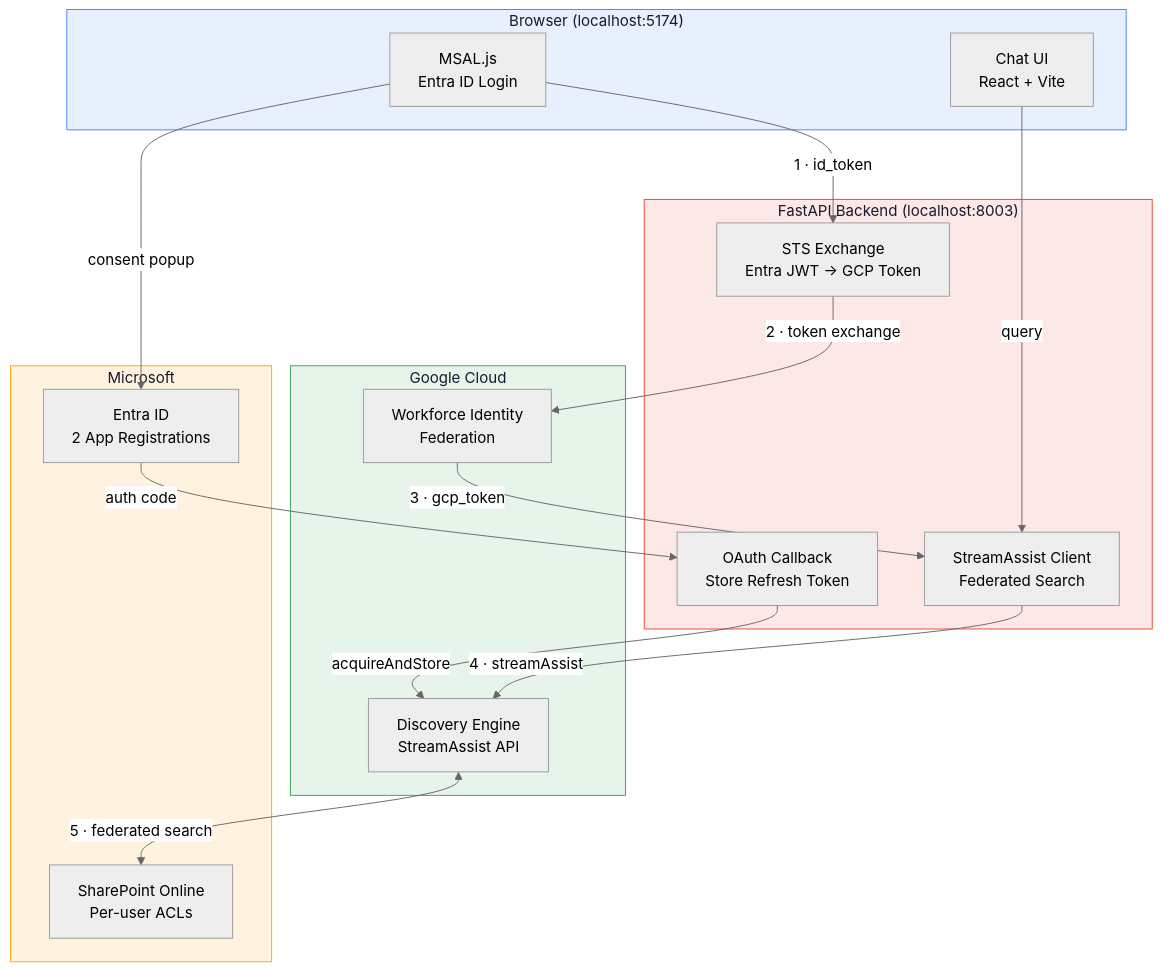
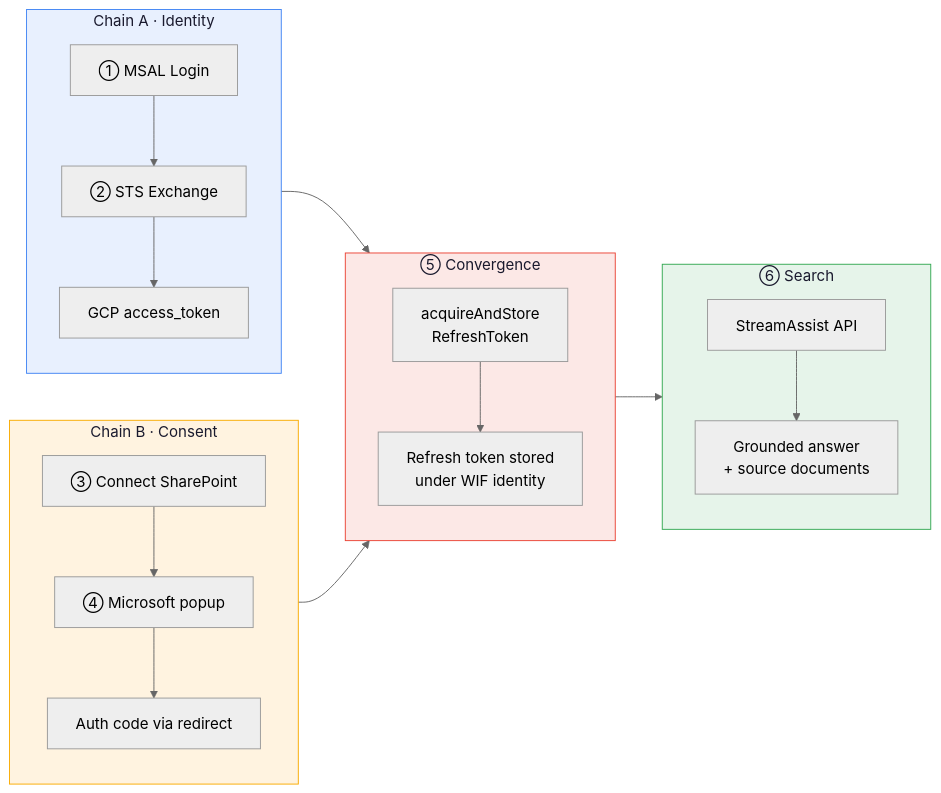
Before and after one commit to jchavezar/vertex-ai-samples: the first of 2 diagrams in semiautonomous-agents/streamassist-oauth-flow/README.md, drawn with Mermaid (neutral theme). The commit also changed other lines of this file and 1 other file, not shown here.

First line of the commit message:
docs: add sequence diagrams, alerts, and expandable prerequisites to both READMEs

````diff
--- a/semiautonomous-agents/streamassist-oauth-flow/README.md
+++ b/semiautonomous-agents/streamassist-oauth-flow/README.md
@@ -19,38 +30,33 @@
 ```mermaid
-flowchart TB
-    subgraph Browser["Browser (localhost:5174)"]
-        MSAL["MSAL.js<br/>Entra ID Login"]
-        Chat["Chat UI<br/>React + Vite"]
+flowchart LR
+    subgraph A["Chain A · Identity"]
+        direction TB
+        A1["① MSAL Login"] --> A2["② STS Exchange"]
+        A2 --> A3["GCP access_token"]
     end
 
-    subgraph Backend["FastAPI Backend (localhost:8003)"]
-        STS["STS Exchange<br/>Entra JWT → GCP Token"]
-        CB["OAuth Callback<br/>Store Refresh Token"]
-        SA["StreamAssist Client<br/>Federated Search"]
+    subgraph B["Chain B · Consent"]
+        direction TB
+        B1["③ Connect SharePoint"] --> B2["④ Microsoft popup"]
+        B2 --> B3["Auth code via redirect"]
     end
 
-    subgraph GCP["Google Cloud"]
-        WIF["Workforce Identity<br/>Federation"]
-        DE["Discovery Engine<br/>StreamAssist API"]
+    subgraph C["⑤ Convergence"]
+        direction TB
+        C1["acquireAndStore\nRefreshToken"] --> C2["Refresh token stored\nunder WIF identity"]
     end
 
-    subgraph Microsoft["Microsoft"]
-        Entra["Entra ID<br/>2 App Registrations"]
-        SP["SharePoint Online<br/>Per-user ACLs"]
+    subgraph D["⑥ Search"]
+        direction TB
+        D1["StreamAssist API"] --> D2["Grounded answer\n+ source documents"]
     end
 
-    MSAL --> |"1 · id_token"| STS
-    STS --> |"2 · token exchange"| WIF
-    WIF --> |"3 · gcp_token"| SA
-    SA --> |"4 · streamAssist"| DE
-    DE <--> |"5 · federated search"| SP
-    Chat --> |"query"| SA
-    MSAL --> |"consent popup"| Entra
-    Entra --> |"auth code"| CB
-    CB --> |"acquireAndStore"| DE
+    A --> C
+    B --> C
+    C --> D
 
-    style Browser fill:#e8f0fe,color:#1a1a2e,stroke:#4285f4
-    style Backend fill:#fce8e6,color:#1a1a2e,stroke:#ea4335
-    style GCP fill:#e6f4ea,color:#1a1a2e,stroke:#34a853
-    style Microsoft fill:#fff3e0,color:#1a1a2e,stroke:#f9ab00
+    style A fill:#e8f0fe,color:#1a1a2e,stroke:#4285f4
+    style B fill:#fff3e0,color:#1a1a2e,stroke:#f9ab00
+    style C fill:#fce8e6,color:#1a1a2e,stroke:#ea4335
+    style D fill:#e6f4ea,color:#1a1a2e,stroke:#34a853
 ```
````
